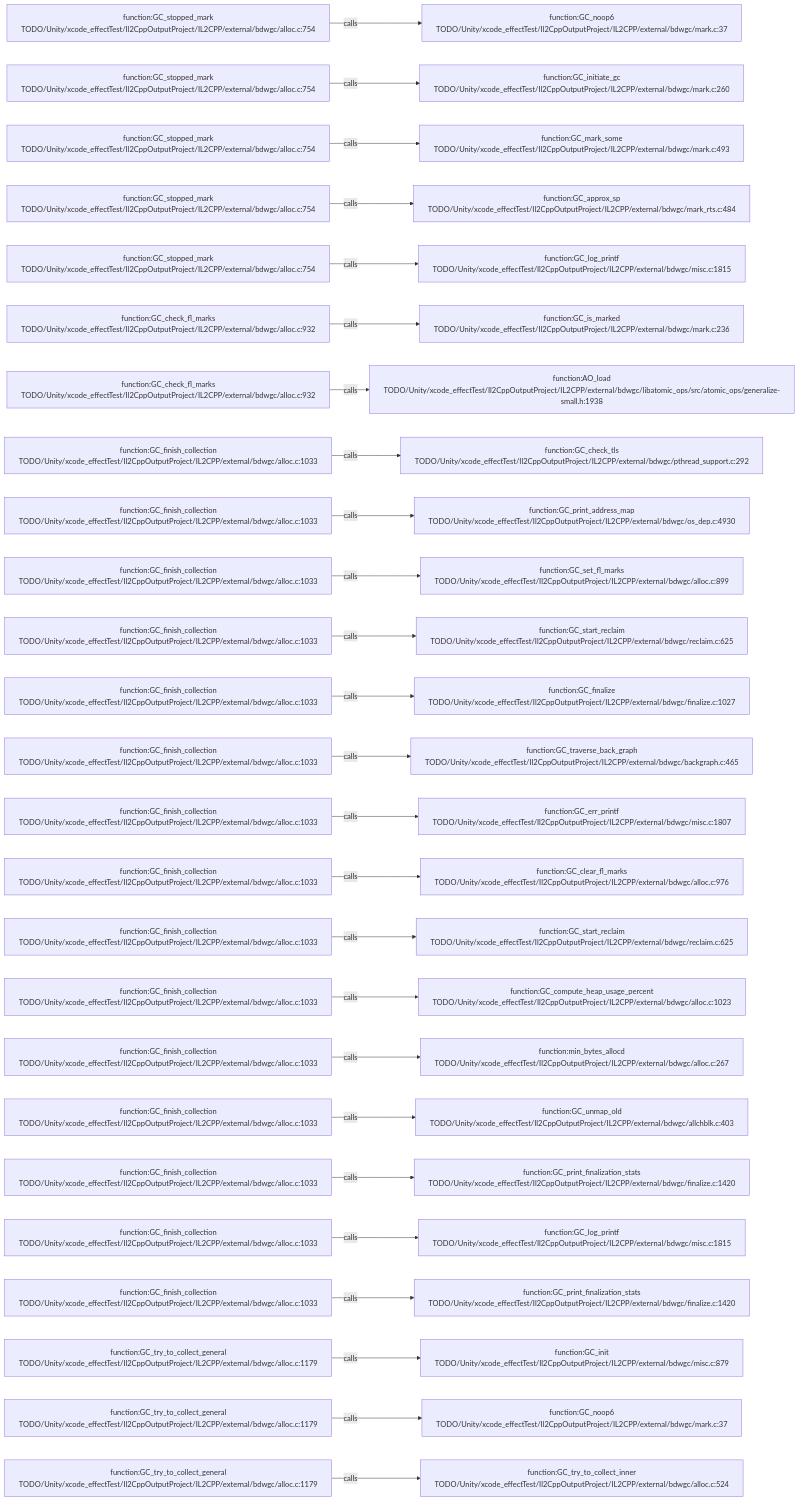
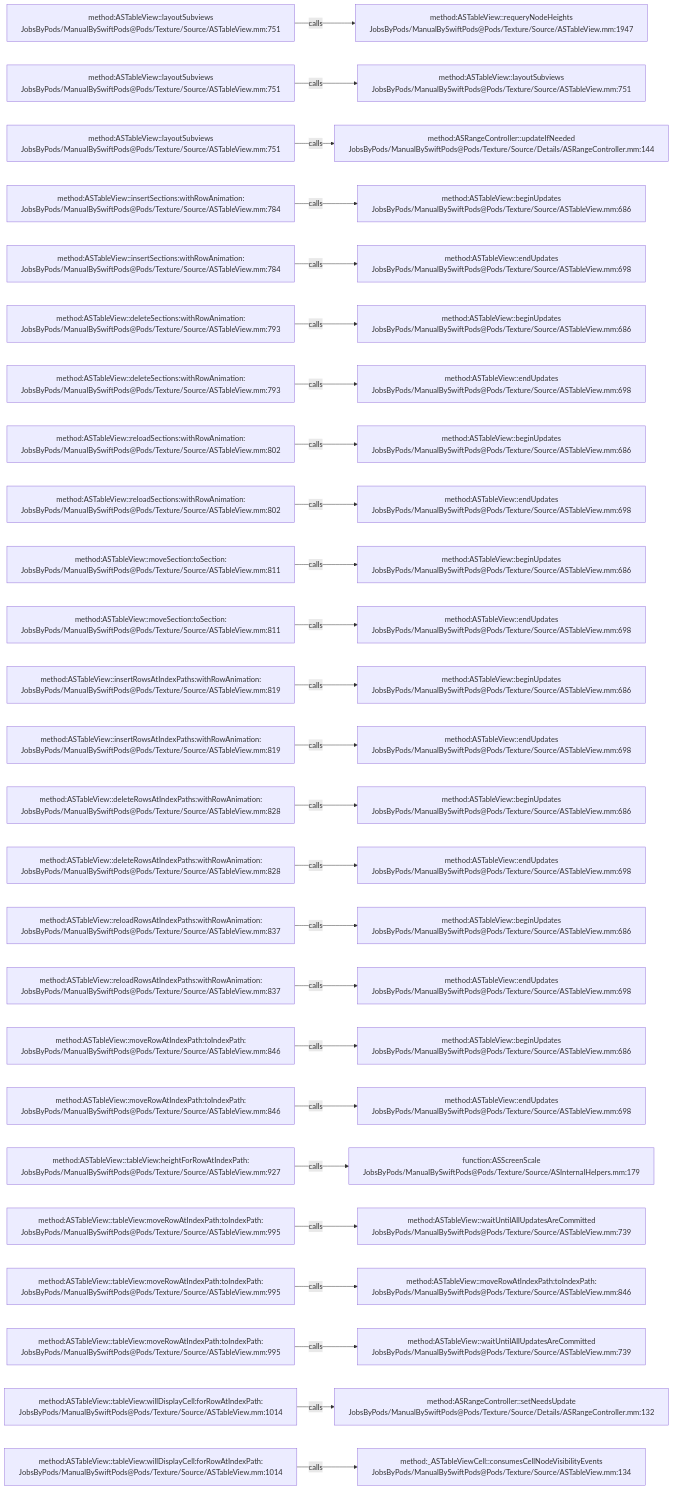
One commit to JobsKits/JobsSwiftBaseConfigDemo changed the diagram in .codegraph/codegraph.md/graphs/calls-079.md. Above: the diagram before and after it, drawn with Mermaid. The commit also changed 2959 other files, not shown here.

````diff
--- a/.codegraph/codegraph.md/graphs/calls-079.md
+++ b/.codegraph/codegraph.md/graphs/calls-079.md
@@ -13,78 +13,78 @@
 ```mermaid
 flowchart LR
-  S1["function:GC_stopped_mark<br/>TODO/Unity/xcode_effectTest/Il2CppOutputProject/IL2CPP/external/bdwgc/alloc.c:754"]
-  T1["function:GC_noop6<br/>TODO/Unity/xcode_effectTest/Il2CppOutputProject/IL2CPP/external/bdwgc/mark.c:37"]
+  S1["method:ASTableView::layoutSubviews<br/>JobsByPods/ManualBySwiftPods@Pods/Texture/Source/ASTableView.mm:751"]
+  T1["method:ASTableView::requeryNodeHeights<br/>JobsByPods/ManualBySwiftPods@Pods/Texture/Source/ASTableView.mm:1947"]
   S1 -->|calls| T1
-  S2["function:GC_stopped_mark<br/>TODO/Unity/xcode_effectTest/Il2CppOutputProject/IL2CPP/external/bdwgc/alloc.c:754"]
-  T2["function:GC_initiate_gc<br/>TODO/Unity/xcode_effectTest/Il2CppOutputProject/IL2CPP/external/bdwgc/mark.c:260"]
+  S2["method:ASTableView::layoutSubviews<br/>JobsByPods/ManualBySwiftPods@Pods/Texture/Source/ASTableView.mm:751"]
+  T2["method:ASTableView::layoutSubviews<br/>JobsByPods/ManualBySwiftPods@Pods/Texture/Source/ASTableView.mm:751"]
   S2 -->|calls| T2
-  S3["function:GC_stopped_mark<br/>TODO/Unity/xcode_effectTest/Il2CppOutputProject/IL2CPP/external/bdwgc/alloc.c:754"]
-  T3["function:GC_mark_some<br/>TODO/Unity/xcode_effectTest/Il2CppOutputProject/IL2CPP/external/bdwgc/mark.c:493"]
+  S3["method:ASTableView::layoutSubviews<br/>JobsByPods/ManualBySwiftPods@Pods/Texture/Source/ASTableView.mm:751"]
+  T3["method:ASRangeController::updateIfNeeded<br/>JobsByPods/ManualBySwiftPods@Pods/Texture/Source/Details/ASRangeController.mm:144"]
   S3 -->|calls| T3
-  S4["function:GC_stopped_mark<br/>TODO/Unity/xcode_effectTest/Il2CppOutputProject/IL2CPP/external/bdwgc/alloc.c:754"]
-  T4["function:GC_approx_sp<br/>TODO/Unity/xcode_effectTest/Il2CppOutputProject/IL2CPP/external/bdwgc/mark_rts.c:484"]
+  S4["method:ASTableView::insertSections:withRowAnimation:<br/>JobsByPods/ManualBySwiftPods@Pods/Texture/Source/ASTableView.mm:784"]
+  T4["method:ASTableView::beginUpdates<br/>JobsByPods/ManualBySwiftPods@Pods/Texture/Source/ASTableView.mm:686"]
   S4 -->|calls| T4
-  S5["function:GC_stopped_mark<br/>TODO/Unity/xcode_effectTest/Il2CppOutputProject/IL2CPP/external/bdwgc/alloc.c:754"]
-  T5["function:GC_log_printf<br/>TODO/Unity/xcode_effectTest/Il2CppOutputProject/IL2CPP/external/bdwgc/misc.c:1815"]
+  S5["method:ASTableView::insertSections:withRowAnimation:<br/>JobsByPods/ManualBySwiftPods@Pods/Texture/Source/ASTableView.mm:784"]
+  T5["method:ASTableView::endUpdates<br/>JobsByPods/ManualBySwiftPods@Pods/Texture/Source/ASTableView.mm:698"]
   S5 -->|calls| T5
-  S6["function:GC_check_fl_marks<br/>TODO/Unity/xcode_effectTest/Il2CppOutputProject/IL2CPP/external/bdwgc/alloc.c:932"]
-  T6["function:GC_is_marked<br/>TODO/Unity/xcode_effectTest/Il2CppOutputProject/IL2CPP/external/bdwgc/mark.c:236"]
+  S6["method:ASTableView::deleteSections:withRowAnimation:<br/>JobsByPods/ManualBySwiftPods@Pods/Texture/Source/ASTableView.mm:793"]
+  T6["method:ASTableView::beginUpdates<br/>JobsByPods/ManualBySwiftPods@Pods/Texture/Source/ASTableView.mm:686"]
   S6 -->|calls| T6
-  S7["function:GC_check_fl_marks<br/>TODO/Unity/xcode_effectTest/Il2CppOutputProject/IL2CPP/external/bdwgc/alloc.c:932"]
-  T7["function:AO_load<br/>TODO/Unity/xcode_effectTest/Il2CppOutputProject/IL2CPP/external/bdwgc/libatomic_ops/src/atomic_ops/generalize-small.h:1938"]
+  S7["method:ASTableView::deleteSections:withRowAnimation:<br/>JobsByPods/ManualBySwiftPods@Pods/Texture/Source/ASTableView.mm:793"]
+  T7["method:ASTableView::endUpdates<br/>JobsByPods/ManualBySwiftPods@Pods/Texture/Source/ASTableView.mm:698"]
   S7 -->|calls| T7
-  S8["function:GC_finish_collection<br/>TODO/Unity/xcode_effectTest/Il2CppOutputProject/IL2CPP/external/bdwgc/alloc.c:1033"]
-  T8["function:GC_check_tls<br/>TODO/Unity/xcode_effectTest/Il2CppOutputProject/IL2CPP/external/bdwgc/pthread_support.c:292"]
+  S8["method:ASTableView::reloadSections:withRowAnimation:<br/>JobsByPods/ManualBySwiftPods@Pods/Texture/Source/ASTableView.mm:802"]
+  T8["method:ASTableView::beginUpdates<br/>JobsByPods/ManualBySwiftPods@Pods/Texture/Source/ASTableView.mm:686"]
   S8 -->|calls| T8
-  S9["function:GC_finish_collection<br/>TODO/Unity/xcode_effectTest/Il2CppOutputProject/IL2CPP/external/bdwgc/alloc.c:1033"]
-  T9["function:GC_print_address_map<br/>TODO/Unity/xcode_effectTest/Il2CppOutputProject/IL2CPP/external/bdwgc/os_dep.c:4930"]
+  S9["method:ASTableView::reloadSections:withRowAnimation:<br/>JobsByPods/ManualBySwiftPods@Pods/Texture/Source/ASTableView.mm:802"]
+  T9["method:ASTableView::endUpdates<br/>JobsByPods/ManualBySwiftPods@Pods/Texture/Source/ASTableView.mm:698"]
   S9 -->|calls| T9
-  S10["function:GC_finish_collection<br/>TODO/Unity/xcode_effectTest/Il2CppOutputProject/IL2CPP/external/bdwgc/alloc.c:1033"]
-  T10["function:GC_set_fl_marks<br/>TODO/Unity/xcode_effectTest/Il2CppOutputProject/IL2CPP/external/bdwgc/alloc.c:899"]
+  S10["method:ASTableView::moveSection:toSection:<br/>JobsByPods/ManualBySwiftPods@Pods/Texture/Source/ASTableView.mm:811"]
+  T10["method:ASTableView::beginUpdates<br/>JobsByPods/ManualBySwiftPods@Pods/Texture/Source/ASTableView.mm:686"]
   S10 -->|calls| T10
-  S11["function:GC_finish_collection<br/>TODO/Unity/xcode_effectTest/Il2CppOutputProject/IL2CPP/external/bdwgc/alloc.c:1033"]
-  T11["function:GC_start_reclaim<br/>TODO/Unity/xcode_effectTest/Il2CppOutputProject/IL2CPP/external/bdwgc/reclaim.c:625"]
+  S11["method:ASTableView::moveSection:toSection:<br/>JobsByPods/ManualBySwiftPods@Pods/Texture/Source/ASTableView.mm:811"]
+  T11["method:ASTableView::endUpdates<br/>JobsByPods/ManualBySwiftPods@Pods/Texture/Source/ASTableView.mm:698"]
   S11 -->|calls| T11
-  S12["function:GC_finish_collection<br/>TODO/Unity/xcode_effectTest/Il2CppOutputProject/IL2CPP/external/bdwgc/alloc.c:1033"]
-  T12["function:GC_finalize<br/>TODO/Unity/xcode_effectTest/Il2CppOutputProject/IL2CPP/external/bdwgc/finalize.c:1027"]
+  S12["method:ASTableView::insertRowsAtIndexPaths:withRowAnimation:<br/>JobsByPods/ManualBySwiftPods@Pods/Texture/Source/ASTableView.mm:819"]
+  T12["method:ASTableView::beginUpdates<br/>JobsByPods/ManualBySwiftPods@Pods/Texture/Source/ASTableView.mm:686"]
   S12 -->|calls| T12
-  S13["function:GC_finish_collection<br/>TODO/Unity/xcode_effectTest/Il2CppOutputProject/IL2CPP/external/bdwgc/alloc.c:1033"]
-  T13["function:GC_traverse_back_graph<br/>TODO/Unity/xcode_effectTest/Il2CppOutputProject/IL2CPP/external/bdwgc/backgraph.c:465"]
+  S13["method:ASTableView::insertRowsAtIndexPaths:withRowAnimation:<br/>JobsByPods/ManualBySwiftPods@Pods/Texture/Source/ASTableView.mm:819"]
+  T13["method:ASTableView::endUpdates<br/>JobsByPods/ManualBySwiftPods@Pods/Texture/Source/ASTableView.mm:698"]
   S13 -->|calls| T13
-  S14["function:GC_finish_collection<br/>TODO/Unity/xcode_effectTest/Il2CppOutputProject/IL2CPP/external/bdwgc/alloc.c:1033"]
-  T14["function:GC_err_printf<br/>TODO/Unity/xcode_effectTest/Il2CppOutputProject/IL2CPP/external/bdwgc/misc.c:1807"]
+  S14["method:ASTableView::deleteRowsAtIndexPaths:withRowAnimation:<br/>JobsByPods/ManualBySwiftPods@Pods/Texture/Source/ASTableView.mm:828"]
+  T14["method:ASTableView::beginUpdates<br/>JobsByPods/ManualBySwiftPods@Pods/Texture/Source/ASTableView.mm:686"]
   S14 -->|calls| T14
-  S15["function:GC_finish_collection<br/>TODO/Unity/xcode_effectTest/Il2CppOutputProject/IL2CPP/external/bdwgc/alloc.c:1033"]
-  T15["function:GC_clear_fl_marks<br/>TODO/Unity/xcode_effectTest/Il2CppOutputProject/IL2CPP/external/bdwgc/alloc.c:976"]
+  S15["method:ASTableView::deleteRowsAtIndexPaths:withRowAnimation:<br/>JobsByPods/ManualBySwiftPods@Pods/Texture/Source/ASTableView.mm:828"]
+  T15["method:ASTableView::endUpdates<br/>JobsByPods/ManualBySwiftPods@Pods/Texture/Source/ASTableView.mm:698"]
   S15 -->|calls| T15
-  S16["function:GC_finish_collection<br/>TODO/Unity/xcode_effectTest/Il2CppOutputProject/IL2CPP/external/bdwgc/alloc.c:1033"]
-  T16["function:GC_start_reclaim<br/>TODO/Unity/xcode_effectTest/Il2CppOutputProject/IL2CPP/external/bdwgc/reclaim.c:625"]
+  S16["method:ASTableView::reloadRowsAtIndexPaths:withRowAnimation:<br/>JobsByPods/ManualBySwiftPods@Pods/Texture/Source/ASTableView.mm:837"]
+  T16["method:ASTableView::beginUpdates<br/>JobsByPods/ManualBySwiftPods@Pods/Texture/Source/ASTableView.mm:686"]
   S16 -->|calls| T16
-  S17["function:GC_finish_collection<br/>TODO/Unity/xcode_effectTest/Il2CppOutputProject/IL2CPP/external/bdwgc/alloc.c:1033"]
-  T17["function:GC_compute_heap_usage_percent<br/>TODO/Unity/xcode_effectTest/Il2CppOutputProject/IL2CPP/external/bdwgc/alloc.c:1023"]
+  S17["method:ASTableView::reloadRowsAtIndexPaths:withRowAnimation:<br/>JobsByPods/ManualBySwiftPods@Pods/Texture/Source/ASTableView.mm:837"]
+  T17["method:ASTableView::endUpdates<br/>JobsByPods/ManualBySwiftPods@Pods/Texture/Source/ASTableView.mm:698"]
   S17 -->|calls| T17
-  S18["function:GC_finish_collection<br/>TODO/Unity/xcode_effectTest/Il2CppOutputProject/IL2CPP/external/bdwgc/alloc.c:1033"]
-  T18["function:min_bytes_allocd<br/>TODO/Unity/xcode_effectTest/Il2CppOutputProject/IL2CPP/external/bdwgc/alloc.c:267"]
+  S18["method:ASTableView::moveRowAtIndexPath:toIndexPath:<br/>JobsByPods/ManualBySwiftPods@Pods/Texture/Source/ASTableView.mm:846"]
+  T18["method:ASTableView::beginUpdates<br/>JobsByPods/ManualBySwiftPods@Pods/Texture/Source/ASTableView.mm:686"]
   S18 -->|calls| T18
-  S19["function:GC_finish_collection<br/>TODO/Unity/xcode_effectTest/Il2CppOutputProject/IL2CPP/external/bdwgc/alloc.c:1033"]
-  T19["function:GC_unmap_old<br/>TODO/Unity/xcode_effectTest/Il2CppOutputProject/IL2CPP/external/bdwgc/allchblk.c:403"]
+  S19["method:ASTableView::moveRowAtIndexPath:toIndexPath:<br/>JobsByPods/ManualBySwiftPods@Pods/Texture/Source/ASTableView.mm:846"]
+  T19["method:ASTableView::endUpdates<br/>JobsByPods/ManualBySwiftPods@Pods/Texture/Source/ASTableView.mm:698"]
   S19 -->|calls| T19
-  S20["function:GC_finish_collection<br/>TODO/Unity/xcode_effectTest/Il2CppOutputProject/IL2CPP/external/bdwgc/alloc.c:1033"]
-  T20["function:GC_print_finalization_stats<br/>TODO/Unity/xcode_effectTest/Il2CppOutputProject/IL2CPP/external/bdwgc/finalize.c:1420"]
+  S20["method:ASTableView::tableView:heightForRowAtIndexPath:<br/>JobsByPods/ManualBySwiftPods@Pods/Texture/Source/ASTableView.mm:927"]
+  T20["function:ASScreenScale<br/>JobsByPods/ManualBySwiftPods@Pods/Texture/Source/ASInternalHelpers.mm:179"]
   S20 -->|calls| T20
-  S21["function:GC_finish_collection<br/>TODO/Unity/xcode_effectTest/Il2CppOutputProject/IL2CPP/external/bdwgc/alloc.c:1033"]
-  T21["function:GC_log_printf<br/>TODO/Unity/xcode_effectTest/Il2CppOutputProject/IL2CPP/external/bdwgc/misc.c:1815"]
+  S21["method:ASTableView::tableView:moveRowAtIndexPath:toIndexPath:<br/>JobsByPods/ManualBySwiftPods@Pods/Texture/Source/ASTableView.mm:995"]
+  T21["method:ASTableView::waitUntilAllUpdatesAreCommitted<br/>JobsByPods/ManualBySwiftPods@Pods/Texture/Source/ASTableView.mm:739"]
   S21 -->|calls| T21
-  S22["function:GC_finish_collection<br/>TODO/Unity/xcode_effectTest/Il2CppOutputProject/IL2CPP/external/bdwgc/alloc.c:1033"]
-  T22["function:GC_print_finalization_stats<br/>TODO/Unity/xcode_effectTest/Il2CppOutputProject/IL2CPP/external/bdwgc/finalize.c:1420"]
+  S22["method:ASTableView::tableView:moveRowAtIndexPath:toIndexPath:<br/>JobsByPods/ManualBySwiftPods@Pods/Texture/Source/ASTableView.mm:995"]
+  T22["method:ASTableView::moveRowAtIndexPath:toIndexPath:<br/>JobsByPods/ManualBySwiftPods@Pods/Texture/Source/ASTableView.mm:846"]
   S22 -->|calls| T22
-  S23["function:GC_try_to_collect_general<br/>TODO/Unity/xcode_effectTest/Il2CppOutputProject/IL2CPP/external/bdwgc/alloc.c:1179"]
-  T23["function:GC_init<br/>TODO/Unity/xcode_effectTest/Il2CppOutputProject/IL2CPP/external/bdwgc/misc.c:879"]
+  S23["method:ASTableView::tableView:moveRowAtIndexPath:toIndexPath:<br/>JobsByPods/ManualBySwiftPods@Pods/Texture/Source/ASTableView.mm:995"]
+  T23["method:ASTableView::waitUntilAllUpdatesAreCommitted<br/>JobsByPods/ManualBySwiftPods@Pods/Texture/Source/ASTableView.mm:739"]
   S23 -->|calls| T23
-  S24["function:GC_try_to_collect_general<br/>TODO/Unity/xcode_effectTest/Il2CppOutputProject/IL2CPP/external/bdwgc/alloc.c:1179"]
-  T24["function:GC_noop6<br/>TODO/Unity/xcode_effectTest/Il2CppOutputProject/IL2CPP/external/bdwgc/mark.c:37"]
+  S24["method:ASTableView::tableView:willDisplayCell:forRowAtIndexPath:<br/>JobsByPods/ManualBySwiftPods@Pods/Texture/Source/ASTableView.mm:1014"]
+  T24["method:ASRangeController::setNeedsUpdate<br/>JobsByPods/ManualBySwiftPods@Pods/Texture/Source/Details/ASRangeController.mm:132"]
   S24 -->|calls| T24
-  S25["function:GC_try_to_collect_general<br/>TODO/Unity/xcode_effectTest/Il2CppOutputProject/IL2CPP/external/bdwgc/alloc.c:1179"]
-  T25["function:GC_try_to_collect_inner<br/>TODO/Unity/xcode_effectTest/Il2CppOutputProject/IL2CPP/external/bdwgc/alloc.c:524"]
+  S25["method:ASTableView::tableView:willDisplayCell:forRowAtIndexPath:<br/>JobsByPods/ManualBySwiftPods@Pods/Texture/Source/ASTableView.mm:1014"]
+  T25["method:_ASTableViewCell::consumesCellNodeVisibilityEvents<br/>JobsByPods/ManualBySwiftPods@Pods/Texture/Source/ASTableView.mm:134"]
   S25 -->|calls| T25
 ```
````
